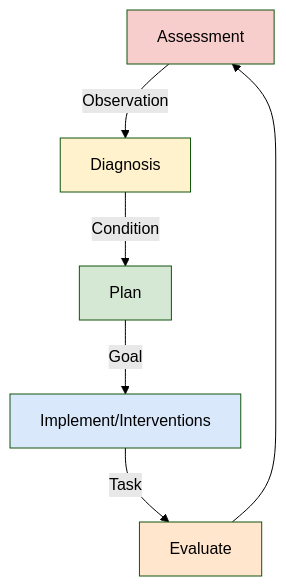
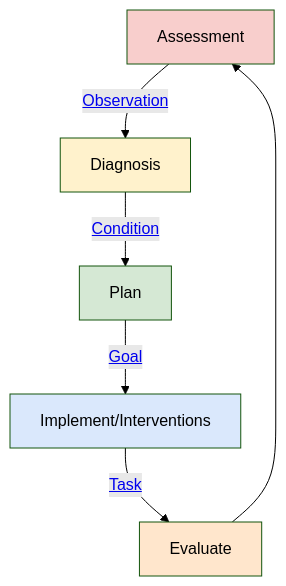
The diagram in input/pagecontent/index.md (Virtually-Healthcare/virtually-healthcare.github.com), drawn with Mermaid (forest theme) before and after one commit.

Commit message:
Mermaid diagram

````diff
--- a/input/pagecontent/index.md
+++ b/input/pagecontent/index.md
@@ -7,20 +7,20 @@
 ```mermaid
 graph TD;
-    A[Assessment]-->|Observation| B;
-    B[Diagnosis]-->|Condition| C;
-    C[Plan]-->|Goal| D;
-    D[Implement/Interventions]-->|Task| E;
+    A[Assessment]-->|"<a href='StructureDefinition-Observation.html'>Observation</a>"| B;
+    B[Diagnosis]-->|"<a href='StructureDefinition-Condition.html'>Condition</a>"| C;
+    C[Plan]-->|"<a href='StructureDefinition-Goal.html'>Goal</a>"| D;
+    D[Implement/Interventions]-->|"<a href='StructureDefinition-Task.html'>Task</a>"| E;
     E[Evaluate]-->A;
     
     classDef yellow fill:#FFF2CC;
     classDef pink fill:#F8CECC
     classDef green fill:#D5E8D4;
     classDef blue fill:#DAE8FC;
     classDef orange fill:#FFE6CC;
 
     class A pink
     class B yellow
     class C green
     class D blue
     class E orange
 ```
````
